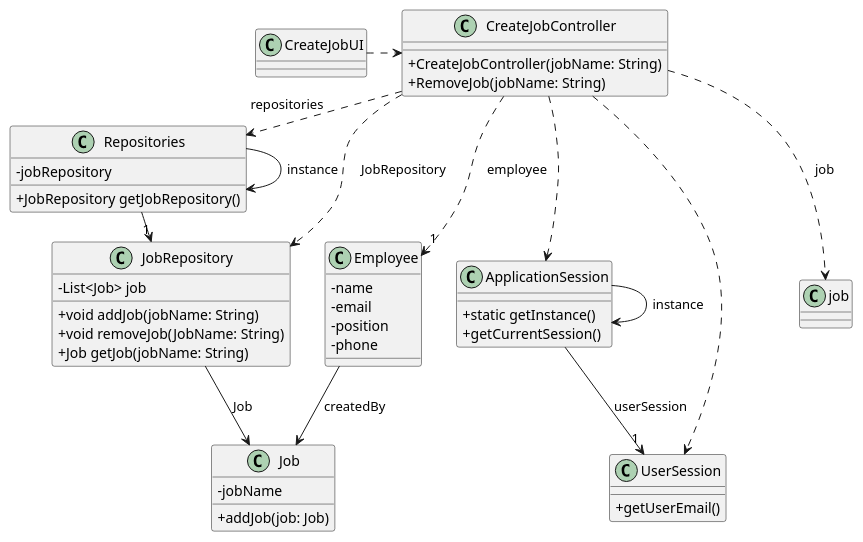
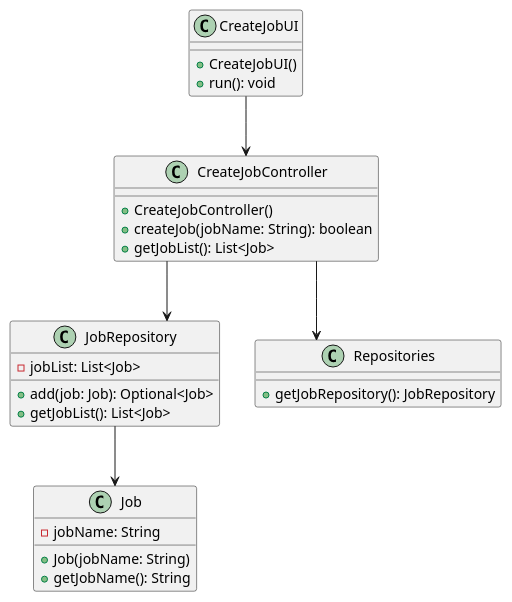
Before and after one commit to Departamento-de-Engenharia-Informatica/greenspace-management: the diagram in docs/sprintB/us002/03.design/puml/us002-class-diagram.puml, drawn with PlantUML. The commit also changed 7 other files, not shown here.

Commit message:
improves on diagrams

```diff
--- a/docs/sprintB/us002/03.design/puml/us002-class-diagram.puml
+++ b/docs/sprintB/us002/03.design/puml/us002-class-diagram.puml
@@ -1,84 +1,41 @@
 @startuml
 
 'skinparam monochrome true
 skinparam packageStyle rectangle
 skinparam shadowing false
 skinparam linetype polyline
-skinparam linetype orto
+skinparam linetype ortho
 
-skinparam classAttributeIconSize 0
-
-'left to right direction
-
-class ApplicationSession
-{
-    + static getInstance()
-    + getCurrentSession()
-}
-
-class UserSession
-{
-    + getUserEmail()
-}
-
-class Employee {
-    - name
-    - email
-    - position
-    - phone
+class CreateJobController {
+    + CreateJobController()
+    + createJob(jobName: String): boolean
+    + getJobList(): List<Job>
 }
 
 class Job {
-    - jobName
-
-    + addJob(job: Job)
+    - jobName: String
+    + Job(jobName: String)
+    + getJobName(): String
 }
 
-class JobRepository{
-    - List<Job> job
-
-    + void addJob(jobName: String)
-    + void removeJob(JobName: String)
-    + Job getJob(jobName: String)
+class JobRepository {
+    - jobList: List<Job>
+    + add(job: Job): Optional<Job>
+    + getJobList(): List<Job>
 }
 
 class CreateJobUI {
+    + CreateJobUI()
+    + run(): void
 }
 
-class Repositories{
-    - jobRepository
-
-    + JobRepository getJobRepository()
+class Repositories {
+    + getJobRepository(): JobRepository
 }
 
-class CreateJobController {
-    + CreateJobController(jobName: String)
-    + RemoveJob(jobName: String)
-}
-
-Repositories -> Repositories : instance
-ApplicationSession -> ApplicationSession : instance
-
-CreateJobUI .> CreateJobController
-
-CreateJobController .> Repositories : repositories
-
-Repositories -> "1" JobRepository
-
-CreateJobController ..> job : job
-CreateJobController ..> JobRepository : JobRepository
-
-' Legenda
-JobRepository --> Job : Job
-
-ApplicationSession --> "1" UserSession : userSession
-
-CreateJobController ..> "1" Employee : employee
-CreateJobController ..> ApplicationSession
-CreateJobController ..> UserSession
-
-Employee --> Job : createdBy
-
-
+CreateJobUI --> CreateJobController
+CreateJobController --> JobRepository
+CreateJobController --> Repositories
+JobRepository --> Job
 
 @enduml
```
